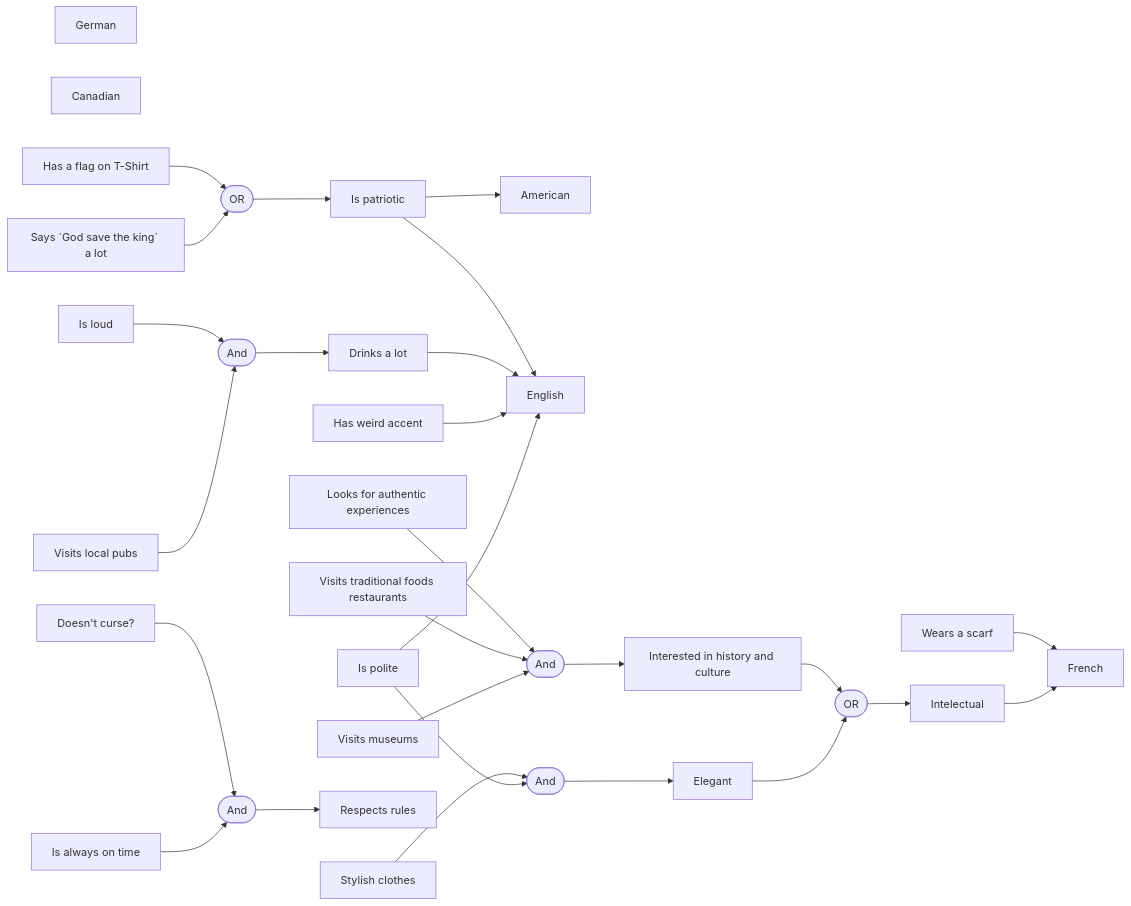
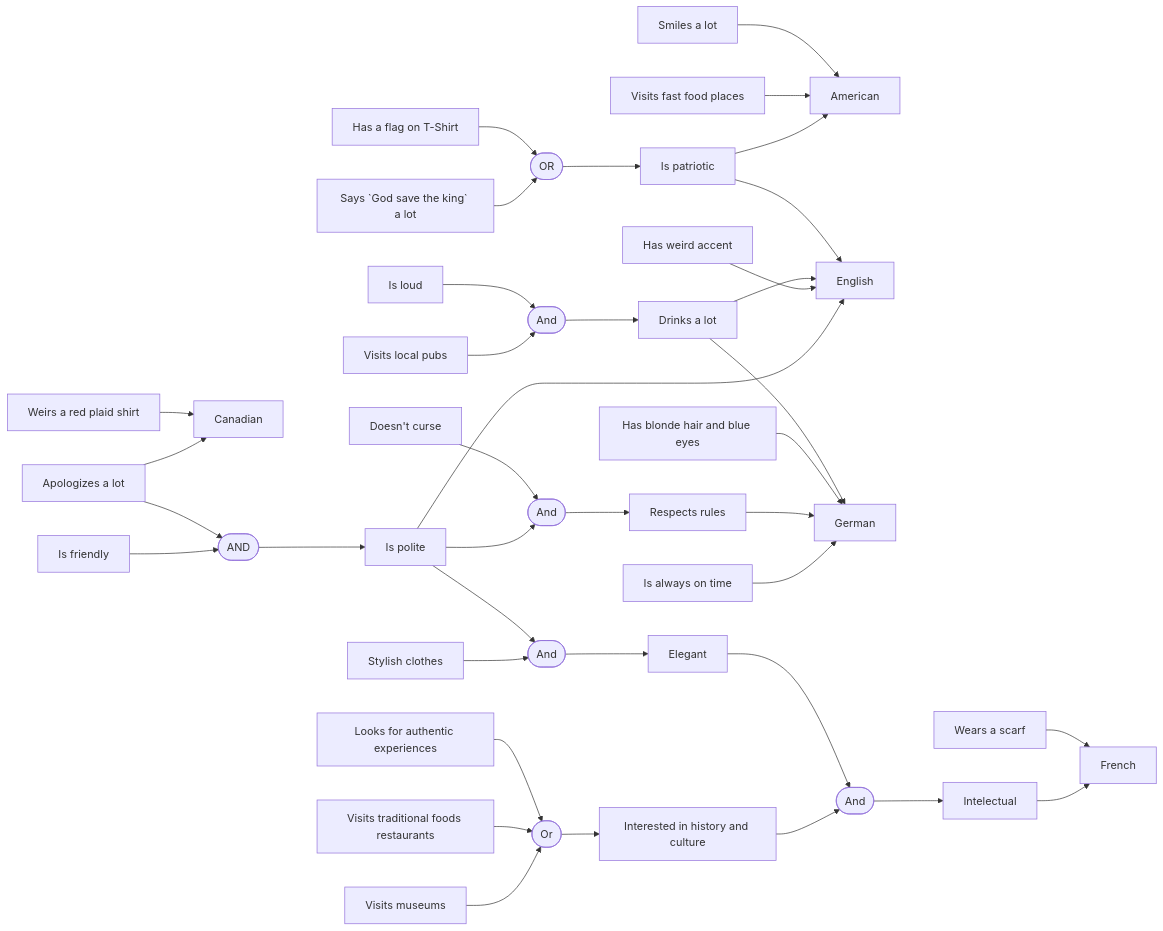
The diagram in diagram.mmd (alya1007/ai-labs), drawn with Mermaid before and after one commit. The commit also changed other lines of this file, not shown here.

Commit message:
refine namings

```diff
--- a/diagram.mmd
+++ b/diagram.mmd
@@ -1,33 +1,40 @@
-%% graph LR;
-%%     A-->N-->|YES|B;
-%%     A-->C;
-%%     B-->D;
-%%     C-->B;
-
 graph LR;
     American[American];
     English[English];
     French[French];
     German[German];
     Canadian[Canadian];
 
+    Friendly[Is friendly]-->AND_3([AND]);
+    Sorry[Apologizes a lot]-->AND_3;
+    Sorry-->Canadian
+    
     Polite[Is polite]-->English;
-    Polite-->G([And]);
-    Stylish[Stylish clothes]-->G-->Elegant[Elegant]-->OR_2([OR]);
-    Museums[Visits museums]-->K([And]);
-    Traditional[Visits traditional foods restaurants]-->K;
-    Authentic[Looks for authentic experiences]-->K;
-    K-->History[Interested in history and culture]-->OR_2-->Intelectual[Intelectual]-->French;
+    AND_3-->Polite;
+    Stylish[Stylish clothes]-->AND_2;
+    Polite-->AND_2([And]);
+    Museums[Visits museums]-->Or([Or]);
+    Traditional[Visits traditional foods restaurants]-->Or;
+    Authentic[Looks for authentic experiences]-->Or;
+    Or-->History[Interested in history and culture]-->AND_4-->Intelectual[Intelectual]-->French;
     Accent[Has weird accent]-->English
 
-    Pubs[Visits local pubs]-->Q([And]);
-    Loud[Is loud]-->Q-->Drinks[Drinks a lot]-->English
+    Pubs[Visits local pubs]-->AND_5([And]);
+    Loud[Is loud]-->AND_5-->Drinks[Drinks a lot]-->English
 
-    Time[Is always on time]-->U([And]);
-    Curse[Doesn't curse?]-->U-->Rules[Respects rules];
+    Time[Is always on time]-->German;
+    Polite-->AND_6([And]);
+    Curse[Doesn't curse]-->AND_6-->Rules[Respects rules]-->German;
 
     God[Says `God save the king` a lot]-->OR([OR]);
-    Y[Has a flag on T-Shirt]-->OR-->Patriotic[Is patriotic]-->English
+    Flag[Has a flag on T-Shirt]-->OR-->Patriotic[Is patriotic]-->English
+    AND_2-->Elegant[Elegant]-->AND_4([And]);
     Patriotic-->American
+    FastFood[Visits fast food places]-->American;
+    Smiles[Smiles a lot]-->American;
 
     Scarf[Wears a scarf]-->French;
+    Blue[Has blonde hair and blue eyes]-->German;
+    Drinks-->German;
+
+    Clothes[Weirs a red plaid shirt]-->Canadian;
```
